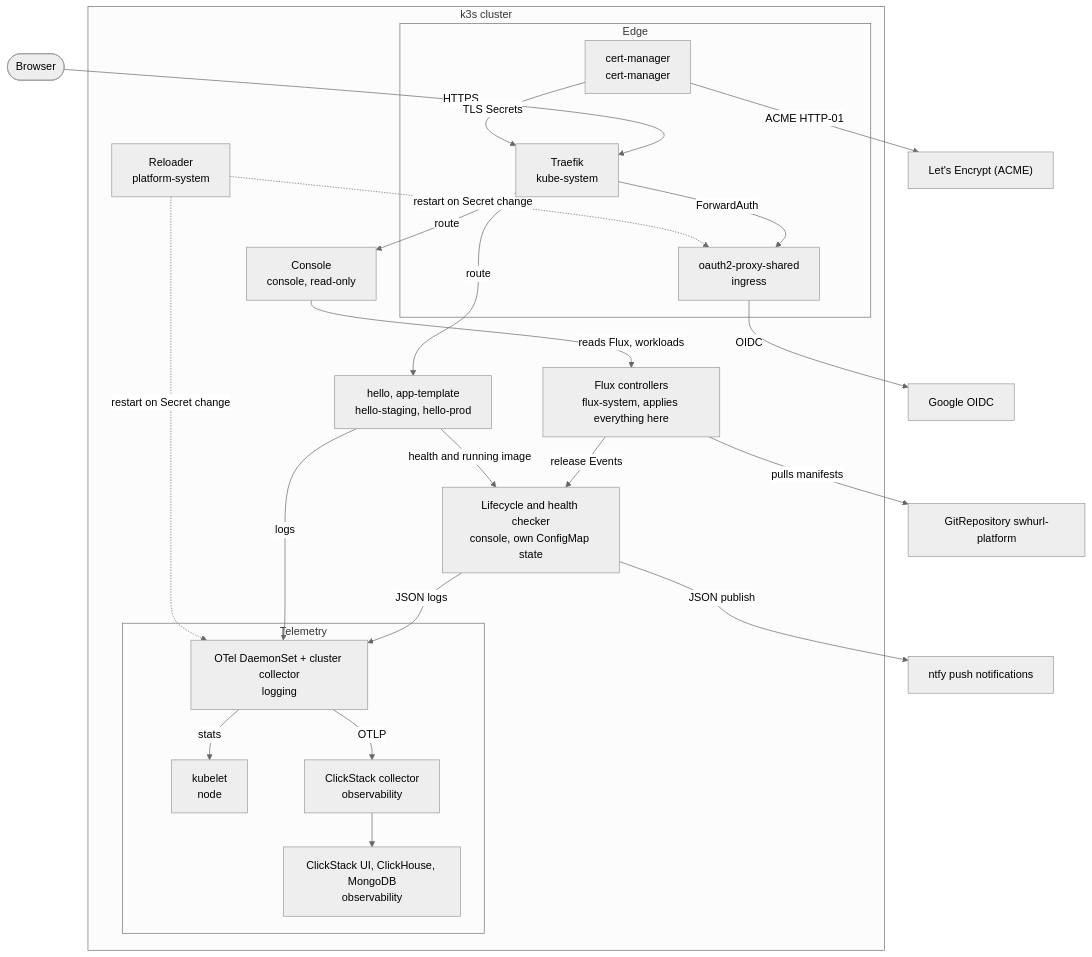
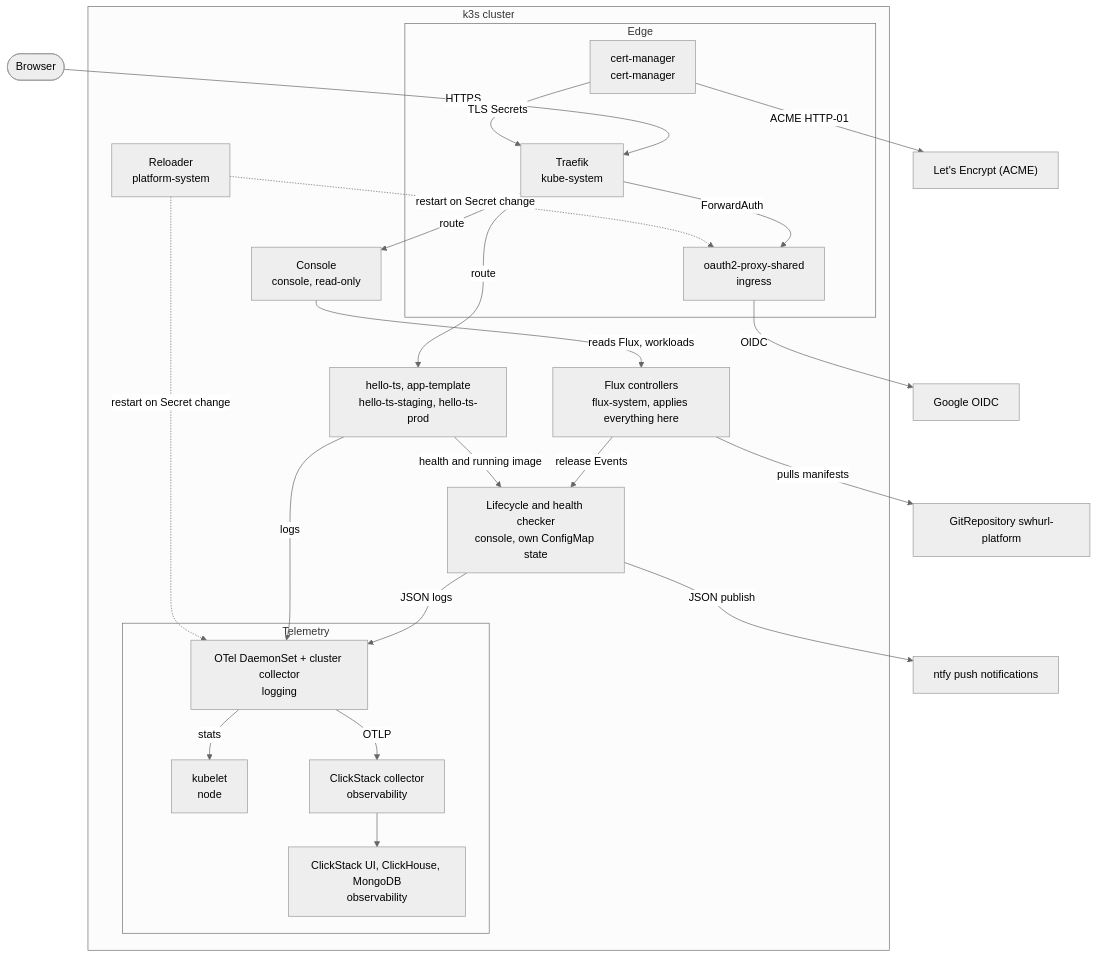
One commit to samclement/swhurl-platform changed the fourth of 5 diagrams in docs/architecture.md. Above: the diagram before and after it, drawn with Mermaid (neutral theme). The commit also changed other lines of this file and 20 other files, not shown here.

First line of the commit message:
Retire hello and require template-made apps in the app policy

````diff
--- a/docs/architecture.md
+++ b/docs/architecture.md
@@ -164,45 +164,45 @@
 ```mermaid
 flowchart TB
   user([Browser])
   git[GitRepository swhurl-platform]
   google[Google OIDC]
   le["Let's Encrypt (ACME)"]
   ntfy[ntfy push notifications]
 
   subgraph cluster[k3s cluster]
     subgraph edge[Edge]
       traefik[Traefik<br/>kube-system]
       oauth[oauth2-proxy-shared<br/>ingress]
       cm[cert-manager<br/>cert-manager]
     end
     subgraph telemetry[Telemetry]
       otelds[OTel DaemonSet + cluster collector<br/>logging]
       kubelet[kubelet<br/>node]
       csotel[ClickStack collector<br/>observability]
       cs[ClickStack UI, ClickHouse, MongoDB<br/>observability]
     end
     flux[Flux controllers<br/>flux-system, applies everything here]
     reloader[Reloader<br/>platform-system]
     console[Console<br/>console, read-only]
     notifications[Lifecycle and health checker<br/>console, own ConfigMap state]
-    app[hello, app-template<br/>hello-staging, hello-prod]
+    app[hello-ts, app-template<br/>hello-ts-staging, hello-ts-prod]
   end
 
   user -- HTTPS --> traefik
   traefik -- ForwardAuth --> oauth
   oauth -- OIDC --> google
   traefik -- route --> app
   traefik -- route --> console
   console -- reads Flux, workloads --> flux
   flux -- release Events --> notifications
   app -- health and running image --> notifications
   notifications -- JSON publish --> ntfy
   notifications -- JSON logs --> otelds
   cm -- ACME HTTP-01 --> le
   cm -- TLS Secrets --> traefik
   app -- logs --> otelds
   otelds -- stats --> kubelet
   otelds -- OTLP --> csotel --> cs
   flux -- pulls manifests --> git
   reloader -. restart on Secret change .-> oauth & otelds
 ```
````
